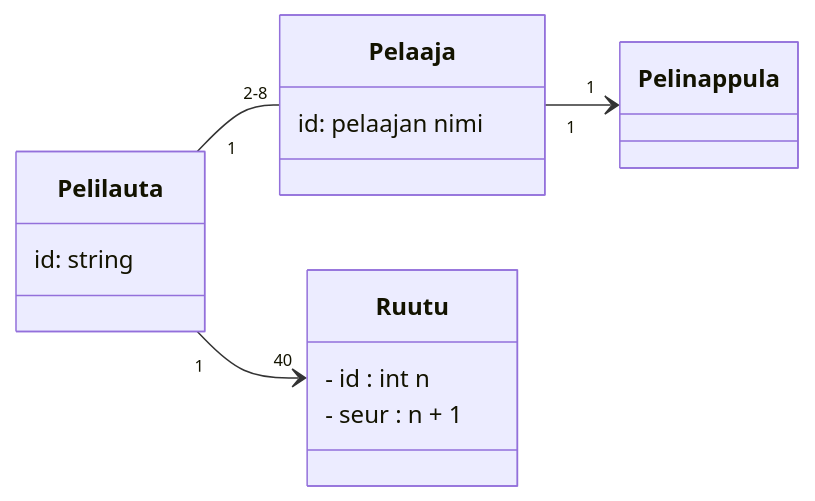
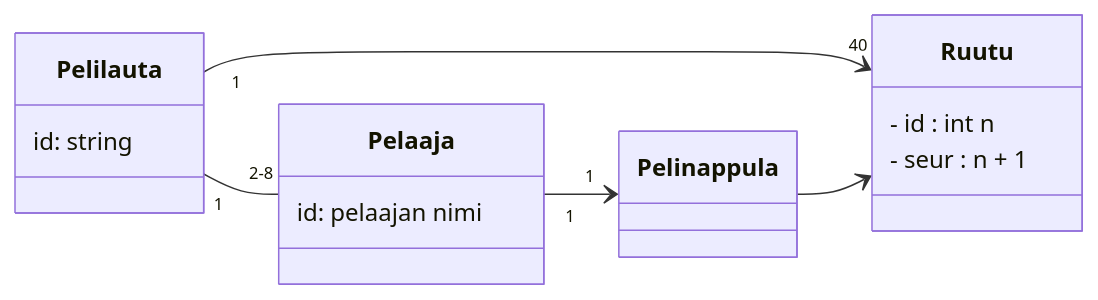
Before and after one commit to brotholi/ot-harjoitustyo: the diagram in laskarit/viikko3/monopoli.md, drawn with Mermaid.

````diff
--- a/laskarit/viikko3/monopoli.md
+++ b/laskarit/viikko3/monopoli.md
@@ -1,33 +1,33 @@
 ```mermaid
  classDiagram
     
     
     class Pelaaja {
         id: pelaajan nimi
     }
 
     class Pelilauta {
      id: string   
     }
     
     
     class Ruutu {
     - id : int n
     - seur : n + 1
     }
     
     class Pelinappula {
     }
     
     direction LR
     Pelilauta "1" -- "2-8" Pelaaja
     direction TD
     Pelaaja "1" --> "1" Pelinappula
     Pelilauta "1" --> "40" Ruutu
-    
+    Pelinappula --> Ruutu
     
     
 
 
     
 ```
````
